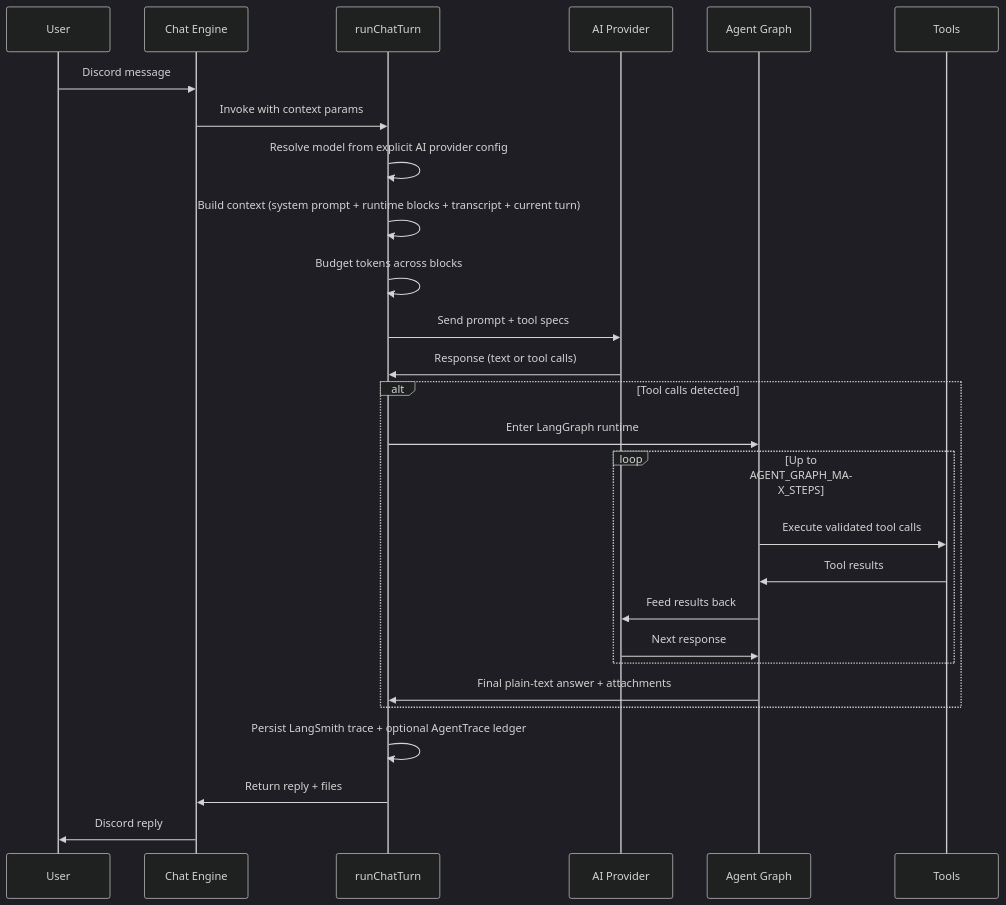
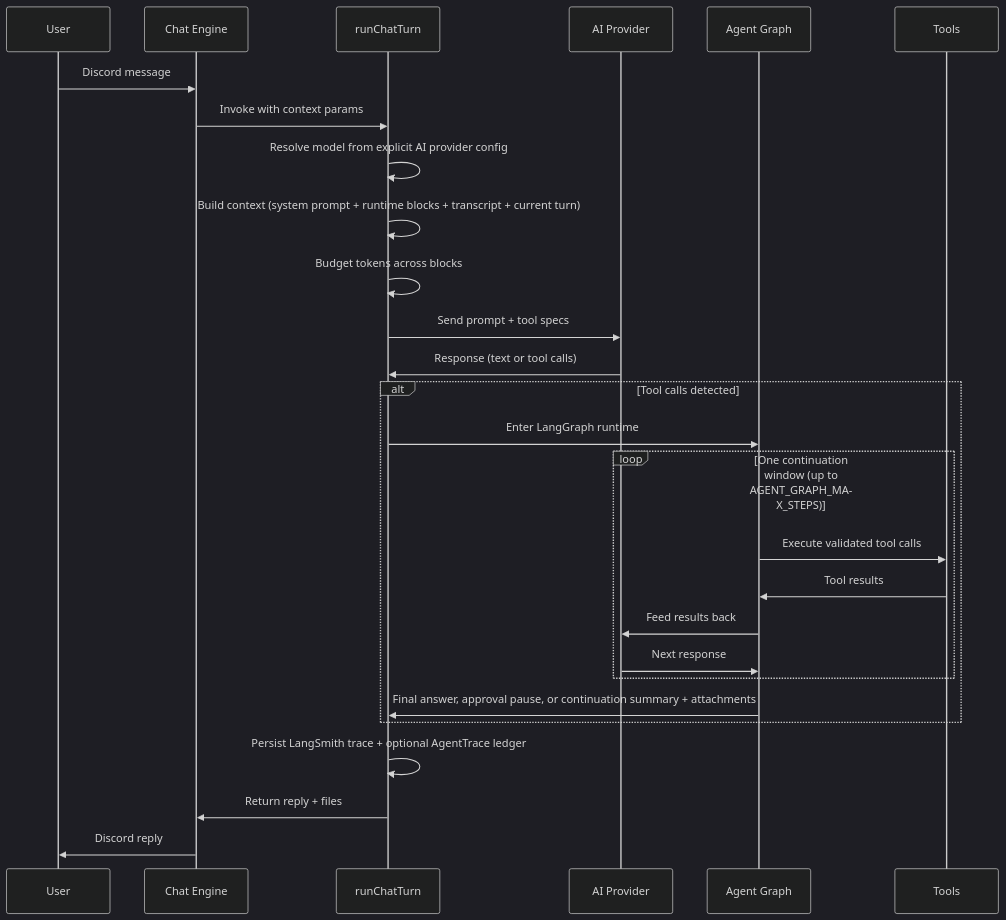
Before and after one commit to BokX1/Sage: the second of 2 diagrams in docs/architecture/OVERVIEW.md, drawn with Mermaid (dark theme). The commit also changed other lines of this file and 25 other files, not shown here.

Commit message:
feat(runtime): add resumable intent-framed graph loop

````diff
--- a/docs/architecture/OVERVIEW.md
+++ b/docs/architecture/OVERVIEW.md
@@ -107,32 +107,32 @@
 ```mermaid
 sequenceDiagram
     participant U as User
     participant CE as Chat Engine
     participant RT as runChatTurn
     participant LLM as AI Provider
     participant AG as Agent Graph
     participant T as Tools
 
     U->>CE: Discord message
     CE->>RT: Invoke with context params
     RT->>RT: Resolve model from explicit AI provider config
     RT->>RT: Build context (system prompt + runtime blocks + transcript + current turn)
     RT->>RT: Budget tokens across blocks
     RT->>LLM: Send prompt + tool specs
     LLM->>RT: Response (text or tool calls)
 
     alt Tool calls detected
         RT->>AG: Enter LangGraph runtime
-        loop Up to AGENT_GRAPH_MAX_STEPS
+        loop One continuation window (up to AGENT_GRAPH_MAX_STEPS)
             AG->>T: Execute validated tool calls
             T->>AG: Tool results
             AG->>LLM: Feed results back
             LLM->>AG: Next response
         end
-        AG->>RT: Final plain-text answer + attachments
+        AG->>RT: Final answer, approval pause, or continuation summary + attachments
     end
 
     RT->>RT: Persist LangSmith trace + optional AgentTrace ledger
     RT->>CE: Return reply + files
     CE->>U: Discord reply
 ```
````
